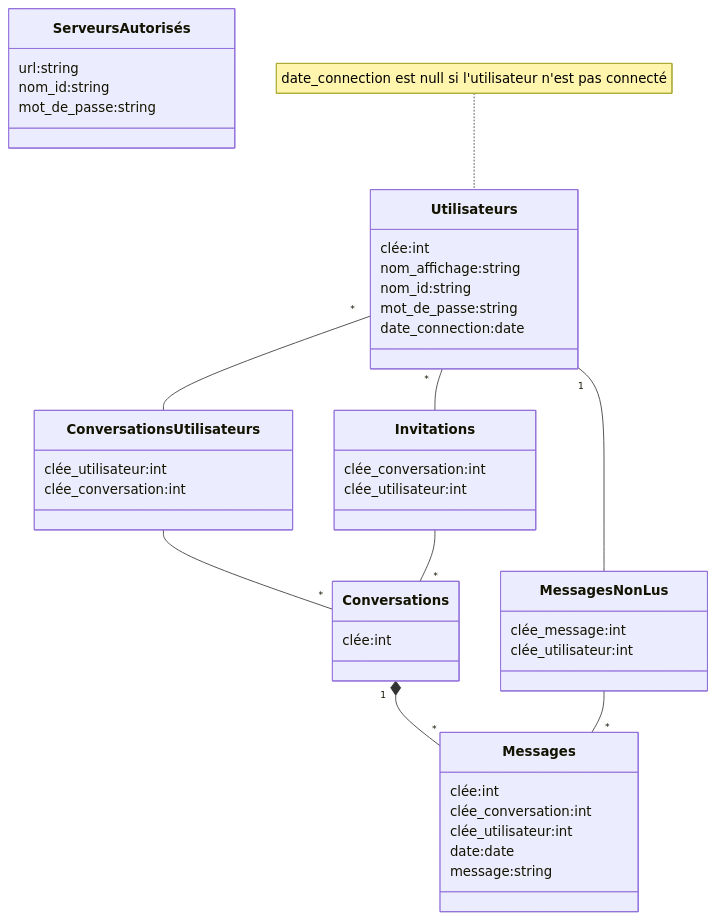
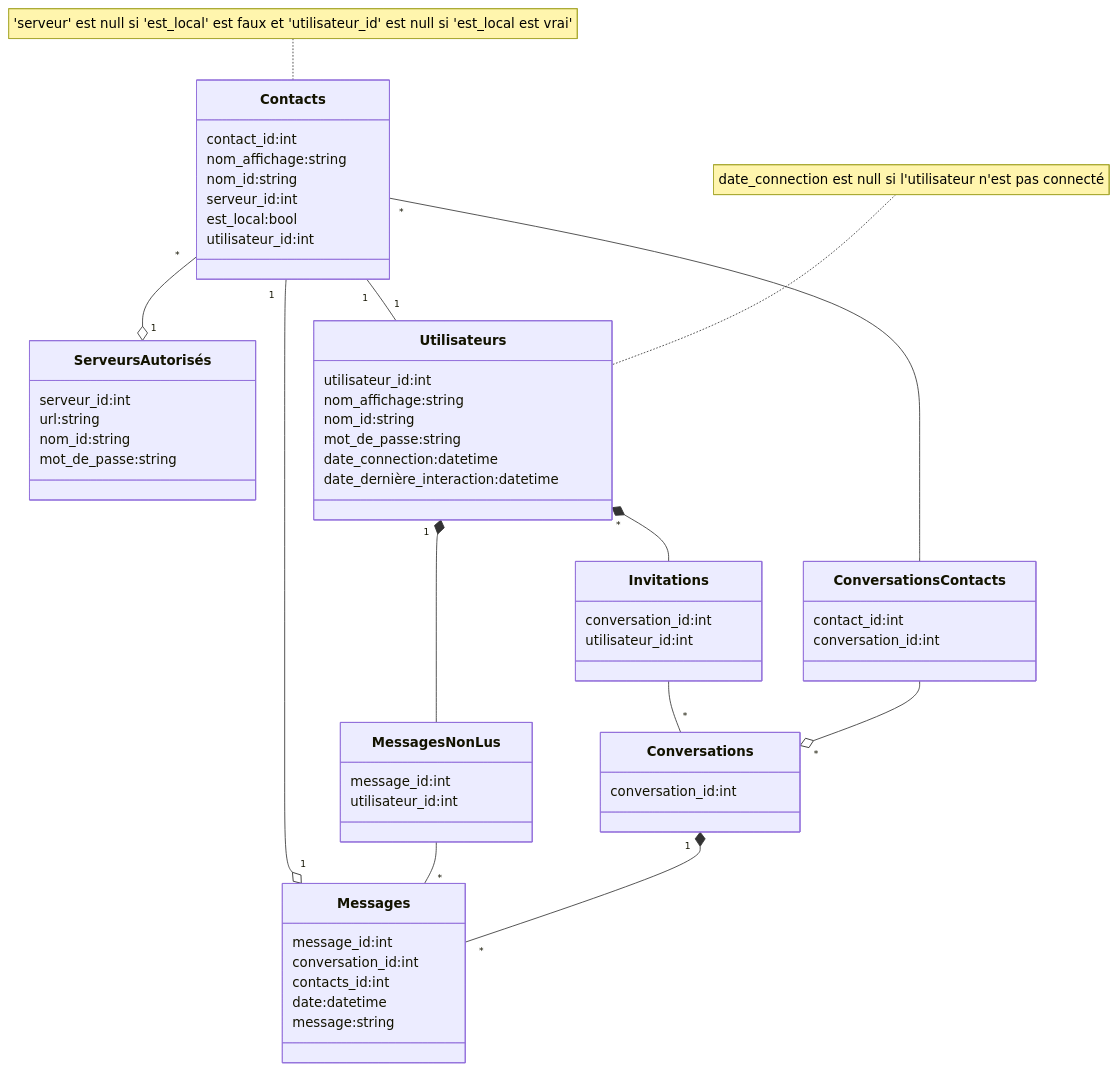
Before and after one commit to gyoo18/messagery: the fourth of 4 diagrams in README.md, drawn with Mermaid. The commit also changed other lines of this file and 7 other files, not shown here.

````diff
--- a/README.md
+++ b/README.md
@@ -154,52 +154,67 @@
 ```mermaid
 classDiagram
+    Contacts "*"--o"1" ServeursAutorisés
+    note for Contacts "'serveur' est null si 'est_local' est faux et 'utilisateur_id' est null si 'est_local est vrai'"
+    Contacts "1"--"1" Utilisateurs
     note for Utilisateurs "date_connection est null si l'utilisateur n'est pas connecté"
-    Utilisateurs "*"-- ConversationsUtilisateurs
-    ConversationsUtilisateurs --"*" Conversations
+    Contacts "*"-- ConversationsContacts
+    ConversationsContacts --o"*" Conversations
     Conversations "1"*--"*" Messages
-    Utilisateurs "1"-- MessagesNonLus
+    Utilisateurs "1"*-- MessagesNonLus
     MessagesNonLus --"*" Messages
-    Utilisateurs "*"-- Invitations
+    Utilisateurs "*"*-- Invitations
     Invitations --"*" Conversations
+    Messages "1"o--"1" Contacts
+
+    class Contacts{
+        contact_id:int
+        nom_affichage:string
+        nom_id:string
+        serveur_id:int
+        est_local:bool
+        utilisateur_id:int
+    }
 
     class Utilisateurs{
-        clée:int
+        utilisateur_id:int
         nom_affichage:string
         nom_id:string
         mot_de_passe:string
-        date_connection:date
+        date_connection:datetime
+        date_dernière_interaction:datetime
     }
 
-    class ConversationsUtilisateurs{
-        clée_utilisateur:int
-        clée_conversation:int
+    class ConversationsContacts{
+        contact_id:int
+        conversation_id:int
     }
 
     class Conversations{
-        clée:int
+        conversation_id:int
     }
 
     class Messages{
-        clée:int
-        clée_conversation:int
-        clée_utilisateur:int
-        date:date
+        message_id:int
+        conversation_id:int
+        contacts_id:int
+        date:datetime
         message:string
     }
 
     class MessagesNonLus{
-        clée_message:int
-        clée_utilisateur:int
+        message_id:int
+        utilisateur_id:int
     }
 
     class Invitations{
-        clée_conversation:int
-        clée_utilisateur:int
+        conversation_id:int
+        utilisateur_id:int
     }
 
     class ServeursAutorisés{
+        serveur_id:int
         url:string
         nom_id:string
         mot_de_passe:string
     }
 ```
````
